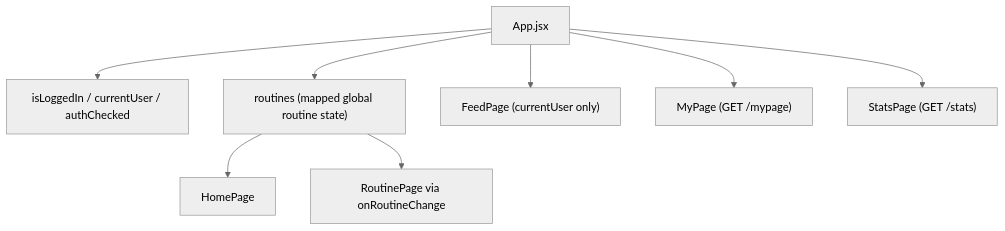
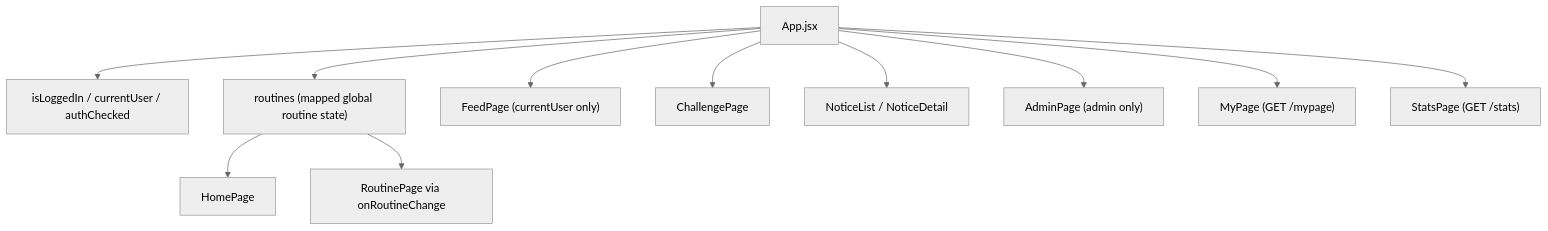
Before and after one commit to junseoja/capston: the third of 16 diagrams in docs/architecture-overview.md, drawn with Mermaid (neutral theme). The commit also changed other lines of this file and 19 other files, not shown here.

````diff
--- a/docs/architecture-overview.md
+++ b/docs/architecture-overview.md
@@ -138,10 +158,13 @@
 ```mermaid
 flowchart TD
     APP["App.jsx"] --> AUTH["isLoggedIn / currentUser / authChecked"]
     APP --> ROUTINES["routines (mapped global routine state)"]
     ROUTINES --> HOME["HomePage"]
     ROUTINES --> ROUTINE["RoutinePage via onRoutineChange"]
     APP --> FEED["FeedPage (currentUser only)"]
+    APP --> CHAL["ChallengePage"]
+    APP --> NOTICE["NoticeList / NoticeDetail"]
+    APP --> ADMIN["AdminPage (admin only)"]
     APP --> MY["MyPage (GET /mypage)"]
     APP --> STATS["StatsPage (GET /stats)"]
 ```
````
